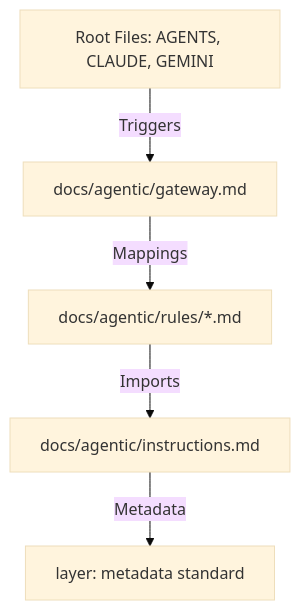
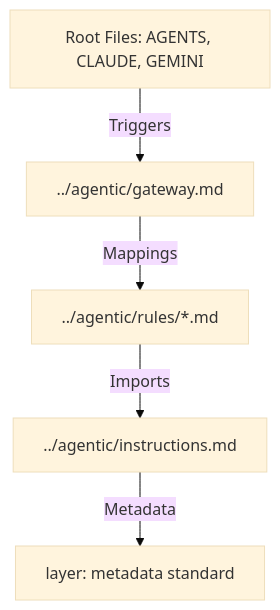
One commit to buenhyden/hy-home.docker changed the diagram in docs/ard/2026-03-15-alignment-ard.md. Above: the diagram before and after it, drawn with Mermaid (base theme). The commit also changed 53 other files, not shown here.

````diff
--- a/docs/ard/2026-03-15-alignment-ard.md
+++ b/docs/ard/2026-03-15-alignment-ard.md
@@ -14,7 +14,7 @@
 ```mermaid
 graph TD
-    Root[Root Files: AGENTS, CLAUDE, GEMINI] -->|Triggers| Gateway[docs/agentic/gateway.md]
-    Gateway -->|Mappings| Rules[docs/agentic/rules/*.md]
-    Rules -->|Imports| Behavioral[docs/agentic/instructions.md]
+    Root[Root Files: AGENTS, CLAUDE, GEMINI] -->|Triggers| Gateway[../agentic/gateway.md]
+    Gateway -->|Mappings| Rules[../agentic/rules/*.md]
+    Rules -->|Imports| Behavioral[../agentic/instructions.md]
     Behavioral -->|Metadata| Layering[layer: metadata standard]
 ```
````
